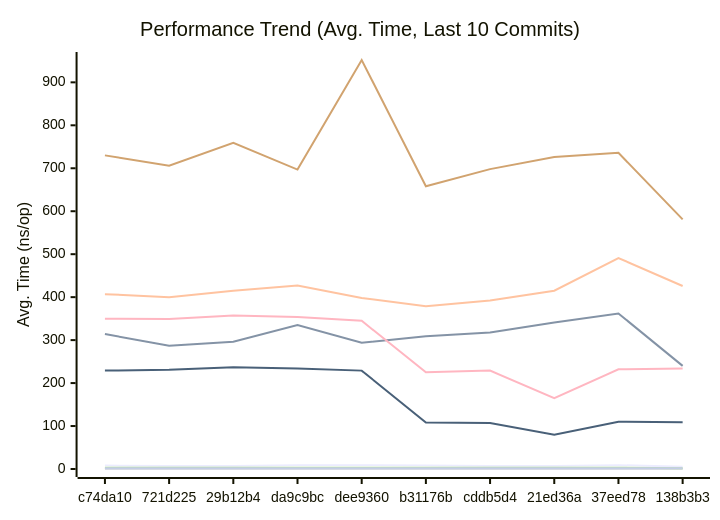
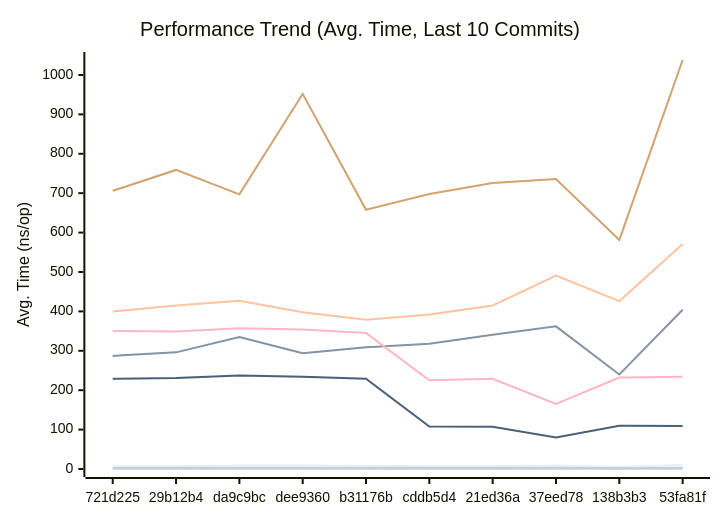
Before and after one commit to alsotoes/momo: the first of 3 diagrams in docs/PERFORMANCE.md, drawn with Mermaid. The commit also changed other lines of this file and 13 other files, not shown here.

````diff
--- a/docs/PERFORMANCE.md
+++ b/docs/PERFORMANCE.md
@@ -80,16 +80,16 @@
 ```mermaid
 xychart-beta
     title "Performance Trend (Avg. Time, Last 10 Commits)"
     x-axis "Commit"
     y-axis "Avg. Time (ns/op)"
-    x-axis [c74da10,721d225,29b12b4,da9c9bc,dee9360,b31176b,cddb5d4,21ed36a,37eed78,138b3b3]
-    line "CheckMetricsAndSwap" [8,7,7,9,9,8,7,7,9,5]
-    line "CrushOptimized" [314,287,296,335,294,309,318,341,362,240]
-    line "CrushOriginal" [407,400,415,427,398,379,392,415,491,426]
+    x-axis [721d225,29b12b4,da9c9bc,dee9360,b31176b,cddb5d4,21ed36a,37eed78,138b3b3,53fa81f]
+    line "CheckMetricsAndSwap" [7,7,9,9,8,7,7,9,5,10]
+    line "CrushOptimized" [287,296,335,294,309,318,341,362,240,404]
+    line "CrushOriginal" [400,415,427,398,379,392,415,491,426,571]
     line "IndexDirectTracking" [0,0,0,0,0,0,0,0,0,0]
-    line "IndexSearch" [3,3,3,3,3,3,3,3,3,2]
-    line "LoadGlobalConfig" [730,706,759,697,952,658,698,726,736,581]
+    line "IndexSearch" [3,3,3,3,3,3,3,3,2,3]
+    line "LoadGlobalConfig" [706,759,697,952,658,698,726,736,581,1038]
     line "PadString" [2,2,2,2,2,2,2,2,2,2]
     line "ParseReplicationOrder_NoPrealloc" [350,349,357,354,345,225,229,165,232,234]
     line "ParseReplicationOrder_Prealloc" [229,231,237,234,229,108,107,80,110,109]
 ```
````
